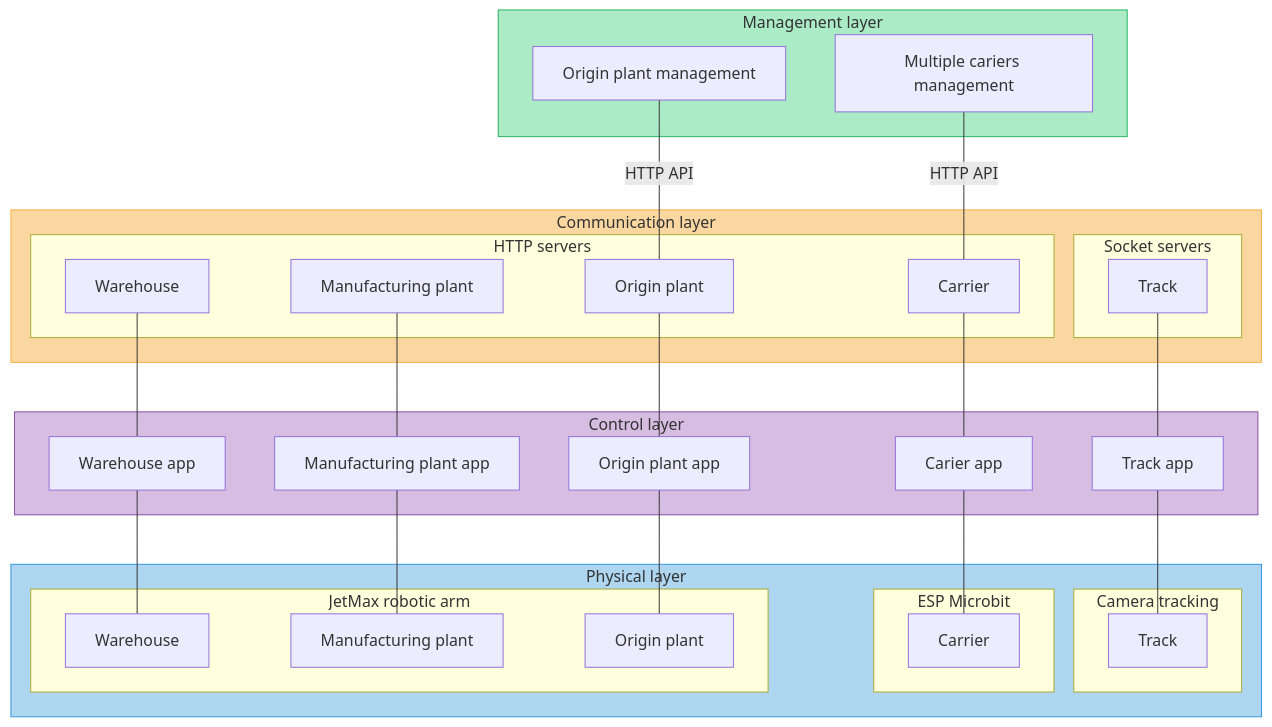
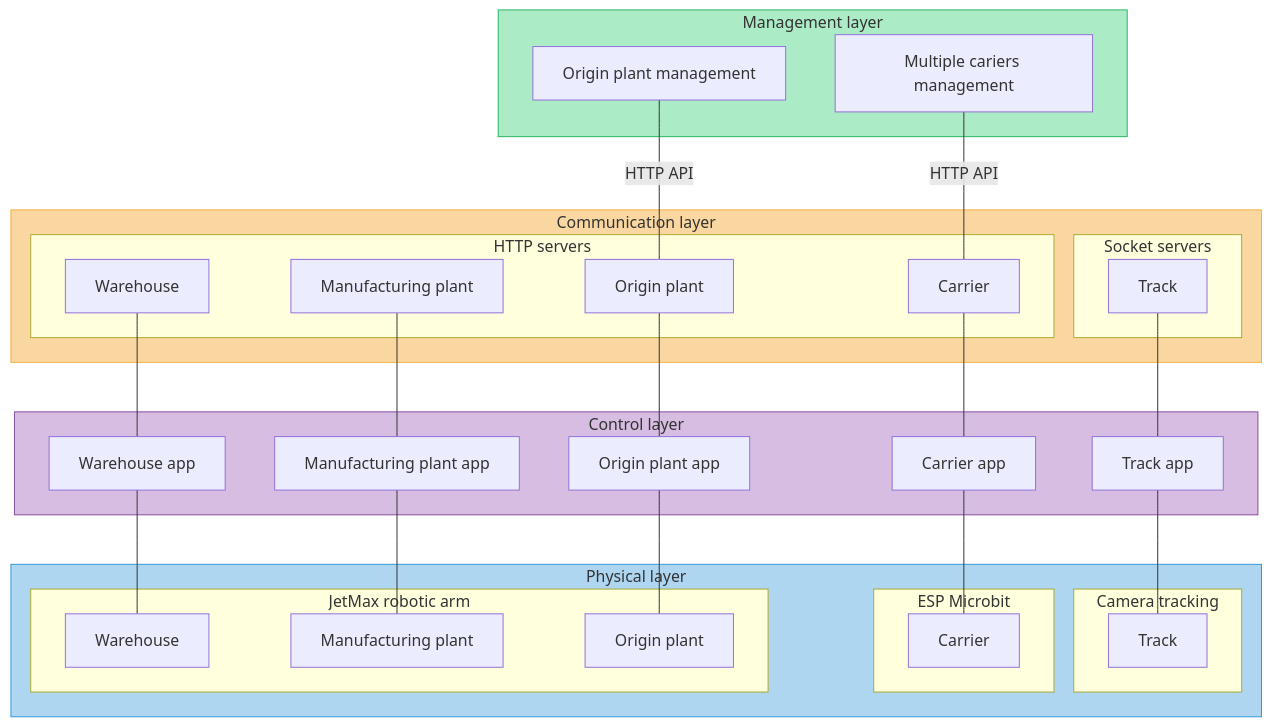
The diagram in README.md (fsprojekti/shr-mfg-platform), drawn with Mermaid before and after one commit.

````diff
--- a/README.md
+++ b/README.md
@@ -12,65 +12,65 @@
 ```mermaid
 graph TD
 
 subgraph ML[Management layer]
     MO[Origin plant management]
     MC[Multiple cariers management ]
 end
 subgraph CL[Communication layer]
     subgraph CL1[HTTP servers]
     CC[Carrier]
     CO[Origin plant]
     CW[Warehouse]
     CM[Manufacturing plant]
     end
     subgraph CL2[Socket servers]
     CT[Track]
     end
 end
 subgraph AL[Control layer]
     AO[Origin plant app]
-    AC[Carier app]
+    AC[Carrier app]
     AW[Warehouse app]
     AM[Manufacturing plant app]
     AT[Track app]
 end
 subgraph PL[Physical layer]
     subgraph PL3 [Camera tracking]
         T[Track]
     end
     subgraph PL1[ESP Microbit]
     C[Carrier]
     end
    
     subgraph PL2[JetMax robotic arm]
         W[Warehouse]
         M[Manufacturing plant]
         O[Origin plant]
     end
 end
 AT---T
 AO---O
 AC---C
 AW---W
 AM---M
 
 CO---AO
 CC---AC
 CW---AW
 CM---AM
 CT---AT
 
 
 
 MC---|HTTP API|CC
 MO---|HTTP API|CO
 
 
 
 style CL fill:#FAD7A0, stroke:#F5B041
 style PL fill:#AED6F1, stroke:#3498DB
 style ML fill:#ABEBC6, stroke:#28B463
 style AL fill:#D7BDE2, stroke:#884EA0
 
 
 ```
````
